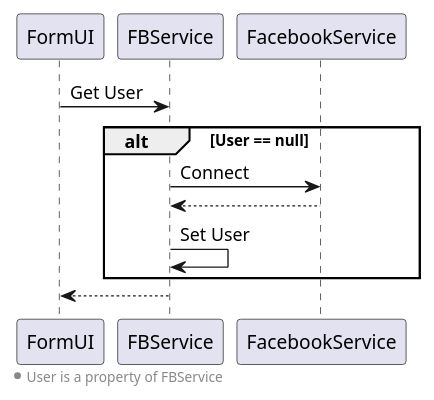
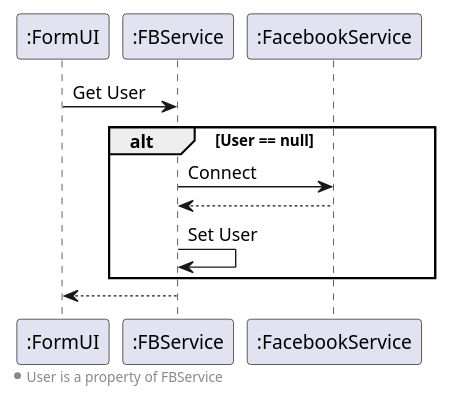
The diagram in puml/sequence-fbservice-singleton.puml (Asafffff/mta-dp-facebook), drawn with PlantUML before and after one commit. The commit also changed 2 other files, not shown here.

```diff
--- a/puml/sequence-fbservice-singleton.puml
+++ b/puml/sequence-fbservice-singleton.puml
@@ -1,19 +1,19 @@
 @startuml
 <style>
 footer {
   HorizontalAlignment left
 }
 </style>
-FormUI -> FBService: Get User
+":FormUI" -> ":FBService": Get User
 
 alt User == null
-  FBService -> FacebookService: Connect
-  FacebookService --> FBService
-  FBService -> FBService: Set User 
+  ":FBService" -> ":FacebookService": Connect
+  ":FacebookService" --> ":FBService"
+  ":FBService" -> ":FBService": Set User 
 end
 
-FBService --> FormUI
+":FBService" --> ":FormUI"
 
 footer * User is a property of FBService
 
 @enduml
```
